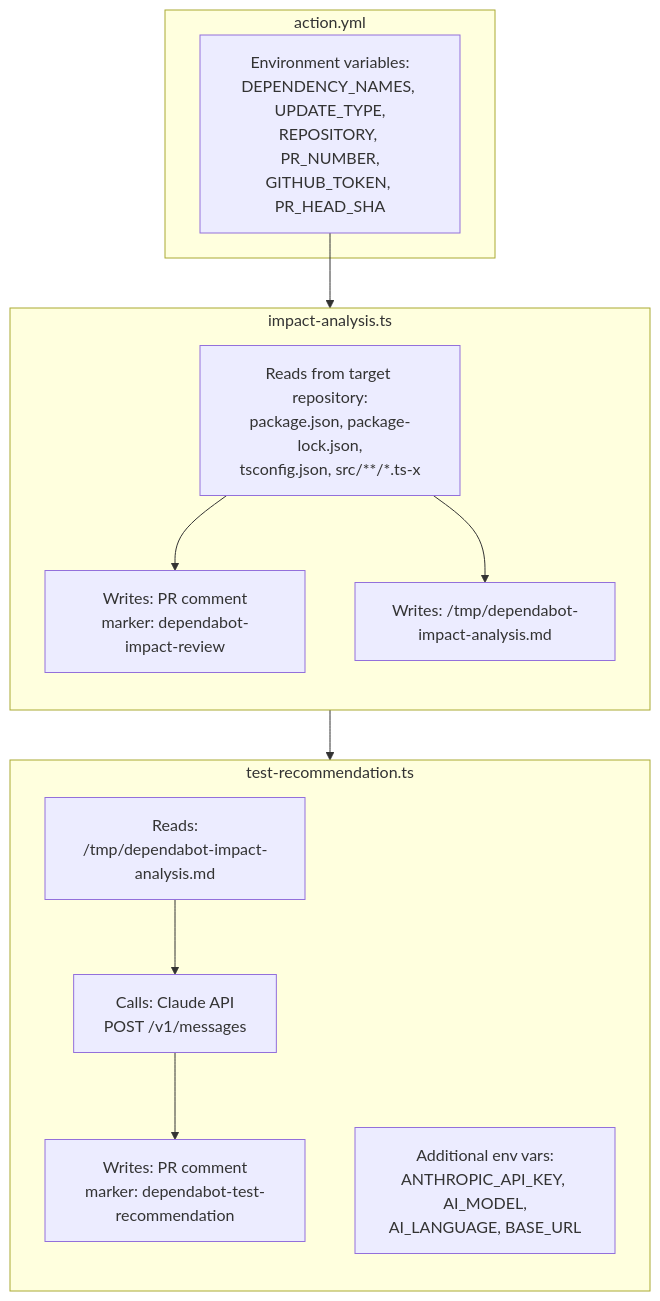
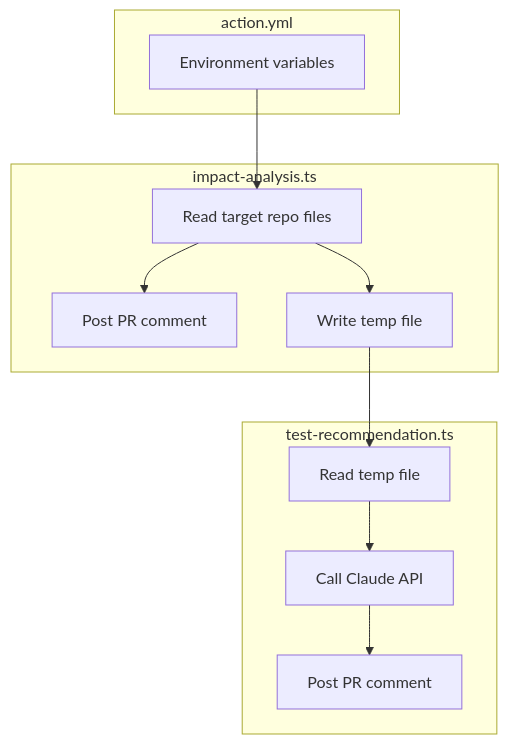
Before and after one commit to nokki-y/dependabot-insight: the fourth of 4 diagrams in docs/design.md, drawn with Mermaid. The commit also changed other lines of this file and 3 other files, not shown here.

First line of the commit message:
Simplify all Mermaid diagrams: short labels + detail tables

````diff
--- a/docs/design.md
+++ b/docs/design.md
@@ -199,28 +212,25 @@
 ```mermaid
 flowchart TD
     subgraph action.yml
-        ENV1[Environment variables:<br>DEPENDENCY_NAMES, UPDATE_TYPE,<br>REPOSITORY, PR_NUMBER,<br>GITHUB_TOKEN, PR_HEAD_SHA]
+        ENV[Environment variables]
     end
 
     subgraph impact-analysis.ts
-        direction TB
-        IA_READ[Reads from target repository:<br>package.json, package-lock.json,<br>tsconfig.json, src/**/*.ts-x]
-        IA_WRITE_COMMENT[Writes: PR comment<br>marker: dependabot-impact-review]
-        IA_WRITE_FILE[Writes: /tmp/dependabot-impact-analysis.md]
+        IA_READ[Read target repo files]
+        IA_COMMENT[Post PR comment]
+        IA_FILE[Write temp file]
     end
 
     subgraph test-recommendation.ts
-        direction TB
-        TR_READ[Reads:<br>/tmp/dependabot-impact-analysis.md]
-        TR_ENV[Additional env vars:<br>ANTHROPIC_API_KEY, AI_MODEL,<br>AI_LANGUAGE, BASE_URL]
-        TR_CALL[Calls: Claude API<br>POST /v1/messages]
-        TR_WRITE[Writes: PR comment<br>marker: dependabot-test-recommendation]
+        TR_READ[Read temp file]
+        TR_API[Call Claude API]
+        TR_COMMENT[Post PR comment]
     end
 
-    ENV1 --> IA_READ
-    IA_READ --> IA_WRITE_COMMENT
-    IA_READ --> IA_WRITE_FILE
-    IA_WRITE_FILE --> TR_READ
-    TR_READ --> TR_CALL
-    TR_CALL --> TR_WRITE
+    ENV --> IA_READ
+    IA_READ --> IA_COMMENT
+    IA_READ --> IA_FILE
+    IA_FILE --> TR_READ
+    TR_READ --> TR_API
+    TR_API --> TR_COMMENT
 ```
````
